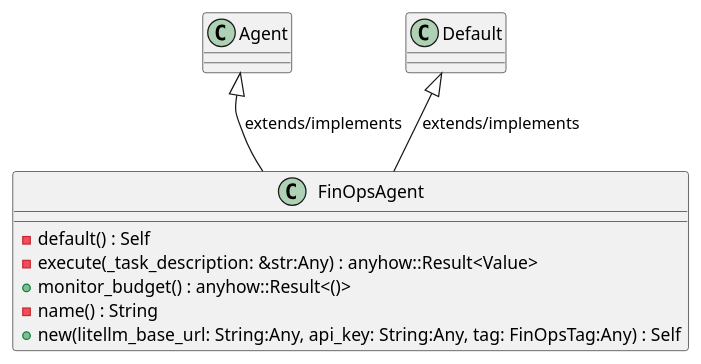
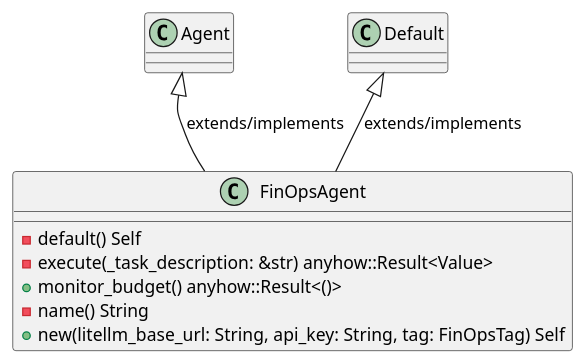
The first of 6 diagrams in openwiki/crates_factory_application_src_agents_finops.md (lgcorzo/rust_CACD_autonomous_factory), drawn with PlantUML before and after one commit. The commit also changed other lines of this file and 97 other files, not shown here.

First line of the commit message:
Fix Rust AST parsing for method and function parameters, and update OKF UML frontmatter

````diff
--- a/openwiki/crates_factory_application_src_agents_finops.md
+++ b/openwiki/crates_factory_application_src_agents_finops.md
@@ -104,14 +109,14 @@
 ```plantuml
 @startuml
 class FinOpsAgent {
-    -default() : Self
-    -execute(_task_description: &str:Any) : anyhow::Result<Value>
-    +monitor_budget() : anyhow::Result<()>
-    -name() : String
-    +new(litellm_base_url: String:Any, api_key: String:Any, tag: FinOpsTag:Any) : Self
+    -default() Self
+    -execute(_task_description: &str) anyhow::Result<Value>
+    +monitor_budget() anyhow::Result<()>
+    -name() String
+    +new(litellm_base_url: String, api_key: String, tag: FinOpsTag) Self
 }
 Agent <|-- FinOpsAgent : extends/implements
 Default <|-- FinOpsAgent : extends/implements
 @enduml
 
 ```
````
